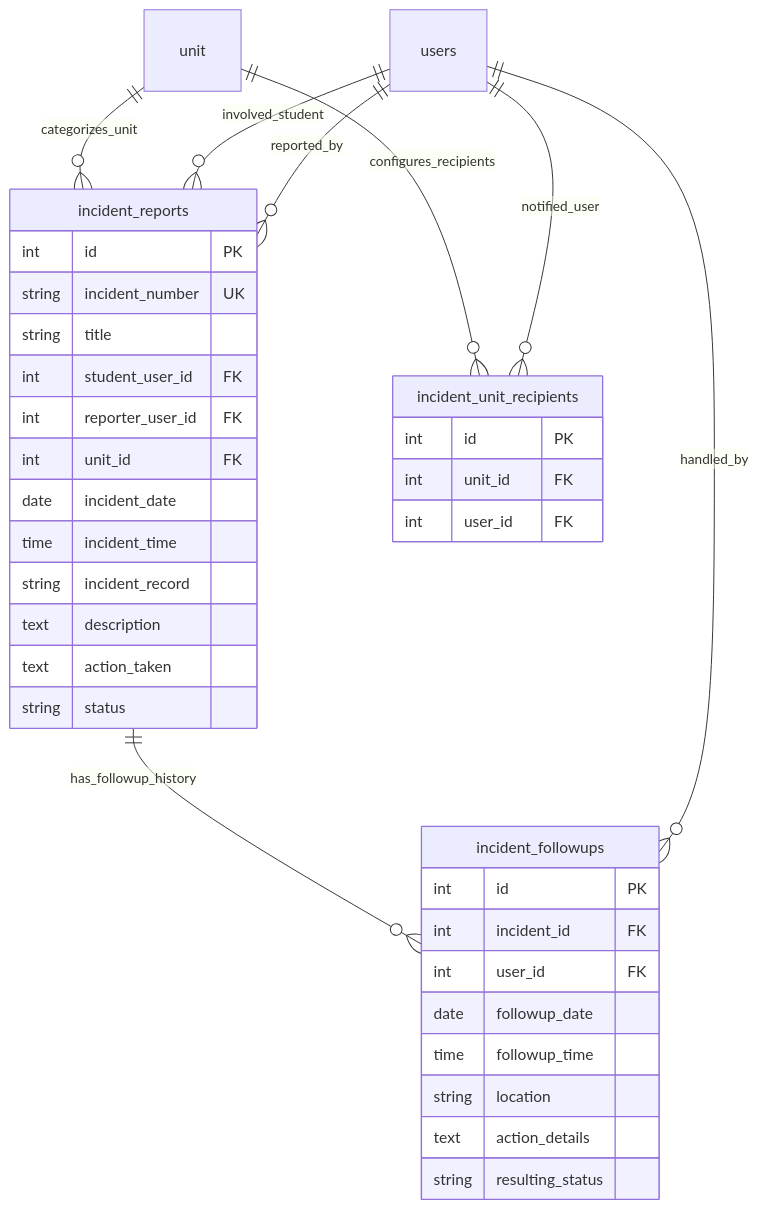
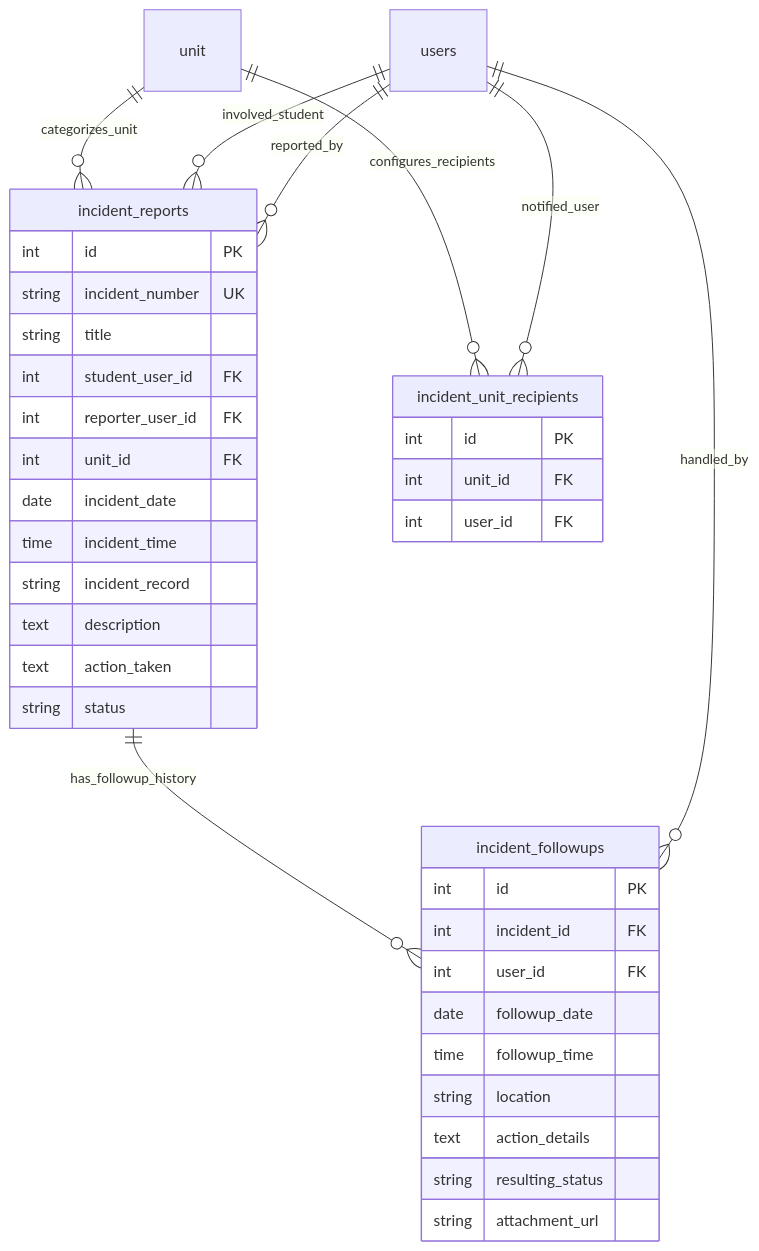
One commit to hanskristianw/school-admin changed diagram 12 of 12 in DATABASE_SCHEMA.md. Above: the diagram before and after it, drawn with Mermaid. The commit also changed other lines of this file and 12 other files, not shown here.

````diff
--- a/DATABASE_SCHEMA.md
+++ b/DATABASE_SCHEMA.md
@@ -1768,42 +1769,43 @@
 ```mermaid
 erDiagram
     unit ||--o{ incident_reports : "categorizes_unit"
     users ||--o{ incident_reports : "involved_student"
     users ||--o{ incident_reports : "reported_by"
     incident_reports ||--o{ incident_followups : "has_followup_history"
     users ||--o{ incident_followups : "handled_by"
     unit ||--o{ incident_unit_recipients : "configures_recipients"
     users ||--o{ incident_unit_recipients : "notified_user"
 
     incident_reports {
         int id PK
         string incident_number UK
         string title
         int student_user_id FK
         int reporter_user_id FK
         int unit_id FK
         date incident_date
         time incident_time
         string incident_record
         text description
         text action_taken
         string status
     }
 
     incident_followups {
         int id PK
         int incident_id FK
         int user_id FK
         date followup_date
         time followup_time
         string location
         text action_details
         string resulting_status
+        string attachment_url
     }
 
     incident_unit_recipients {
         int id PK
         int unit_id FK
         int user_id FK
     }
 ```
````
